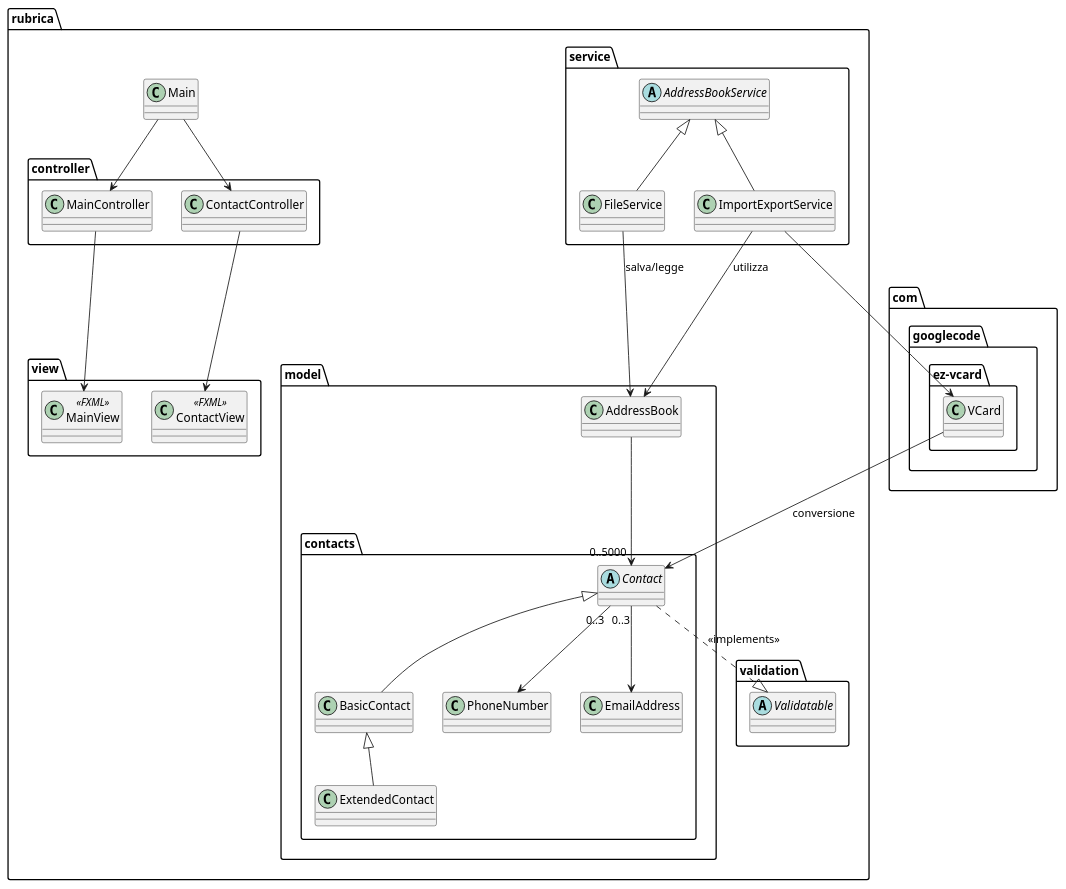
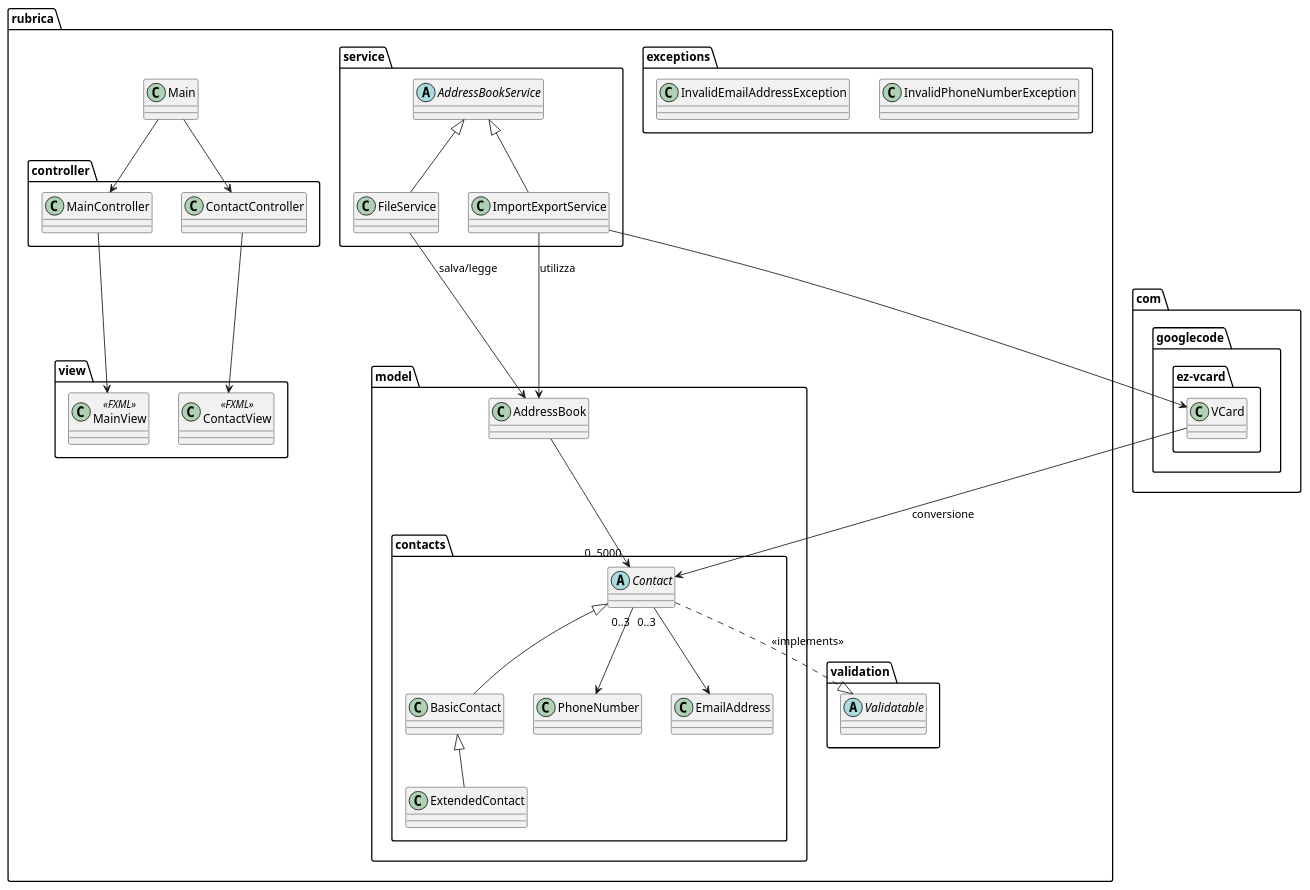
The diagram in docs/DiagramPackage/packageDiagram.puml (francescopeluso/SWE-Project), drawn with PlantUML before and after one commit. The commit also changed 107 other files, not shown here.

```diff
--- a/docs/DiagramPackage/packageDiagram.puml
+++ b/docs/DiagramPackage/packageDiagram.puml
@@ -1,67 +1,72 @@
 @startuml
 package "rubrica" {
 
     class Main
 
     package "controller" {
         class MainController
         class ContactController
     }
 
     package "model" {
         class AddressBook
         package "contacts" {
             abstract class Contact
             class BasicContact
             class ExtendedContact
             class PhoneNumber
             class EmailAddress
         }
     }
         
     package "view" {
         class MainView <<FXML>>
         class ContactView <<FXML>>
     }
 
     package "validation" {
         abstract class Validatable
+    }
+
+    package "exceptions" {
+        class InvalidPhoneNumberException
+        class InvalidEmailAddressException
     }
 
     package "service" {
         abstract class AddressBookService
         class FileService
         class ImportExportService
     }
 
   
 }
 
 package "com.googlecode.ez-vcard" {
     class VCard
 }
 
 ' Relazioni
 Main --> MainController
 Main --> ContactController
 MainController --> MainView
 ContactController --> ContactView
 
 AddressBook --> "0..5000" Contact
 Contact "0..3" --> PhoneNumber
 Contact "0..3" --> EmailAddress
 Contact <|-- BasicContact
 BasicContact <|-- ExtendedContact
 
 Contact ..|> Validatable : <<implements>>
 AddressBookService <|-- FileService
 AddressBookService <|-- ImportExportService
 ImportExportService --> VCard
 
 FileService --> AddressBook : salva/legge
 
 ' Nuove relazioni possibili:
 ImportExportService --> AddressBook : utilizza
 VCard --> Contact : conversione
 
 @enduml
```
